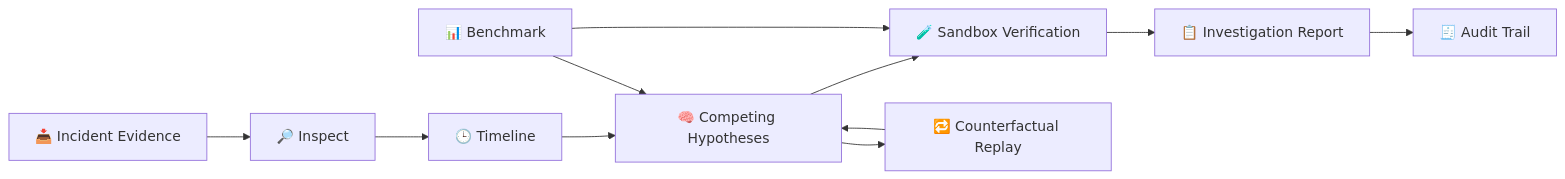
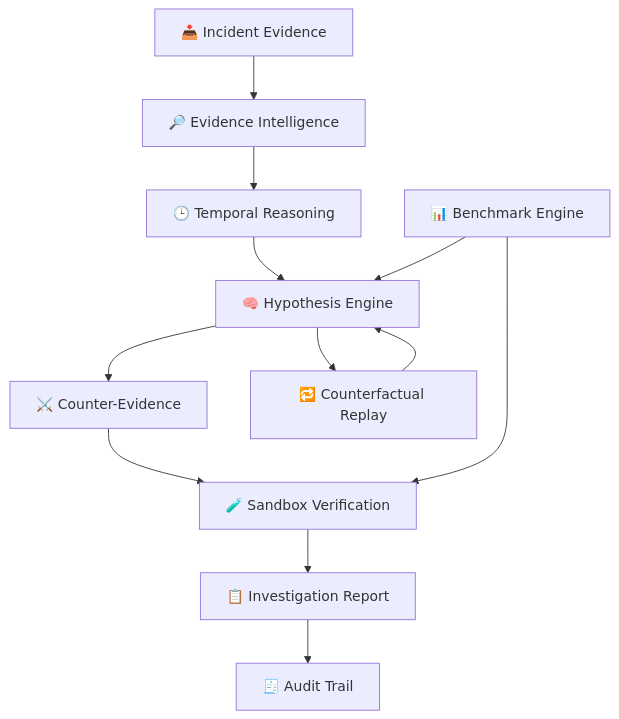
The diagram in README.md (nitindrathod4-alt/opstwin-agentic-workflows), drawn with Mermaid before and after one commit. The commit also changed other lines of this file, not shown here.

````diff
--- a/README.md
+++ b/README.md
@@ -111,13 +141,16 @@
 ```mermaid
-flowchart LR
-    A[📥 Incident Evidence] --> B[🔎 Inspect]
-    B --> C[🕒 Timeline]
-    C --> D[🧠 Competing Hypotheses]
-    D --> E[🧪 Sandbox Verification]
-    E --> F[📋 Investigation Report]
-    F --> G[🧾 Audit Trail]
-    D --> H[🔁 Counterfactual Replay]
-    H --> D
-    I[📊 Benchmark] --> D
-    I --> E
+flowchart TB
+    A[📥 Incident Evidence] --> B[🔎 Evidence Intelligence]
+    B --> C[🕒 Temporal Reasoning]
+    C --> D[🧠 Hypothesis Engine]
+    D --> E[⚔️ Counter-Evidence]
+    E --> F[🧪 Sandbox Verification]
+    F --> G[📋 Investigation Report]
+    G --> H[🧾 Audit Trail]
+
+    D --> I[🔁 Counterfactual Replay]
+    I --> D
+
+    J[📊 Benchmark Engine] --> D
+    J --> F
 ```
````
